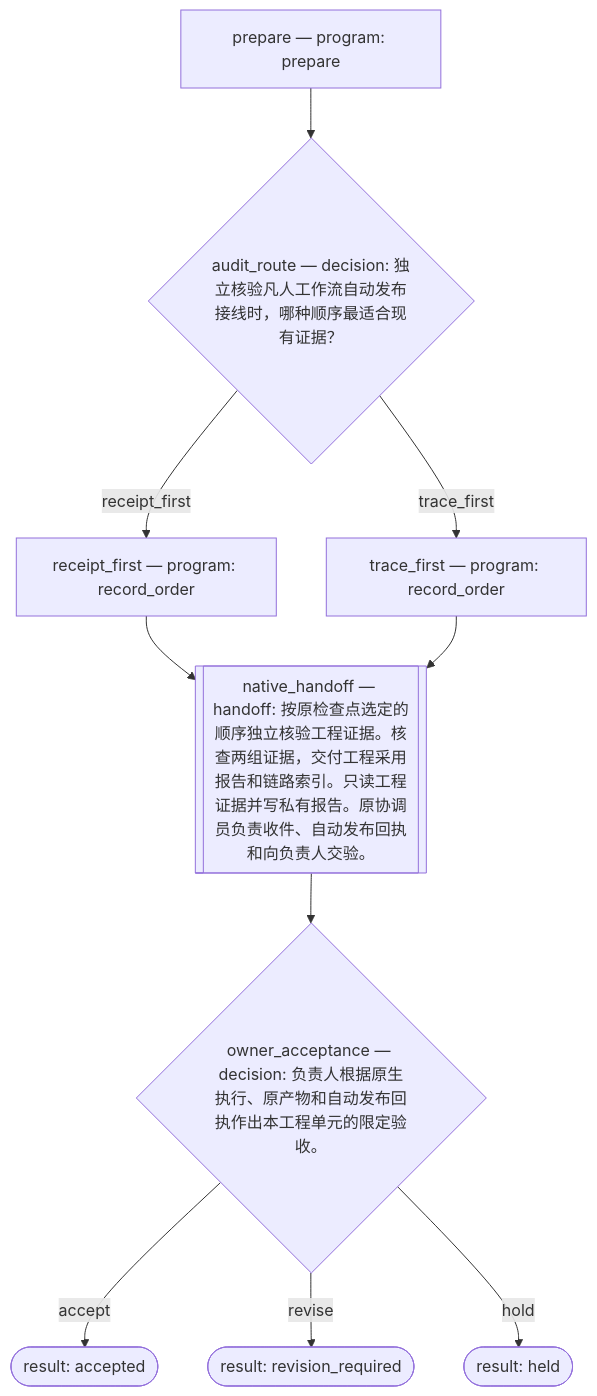
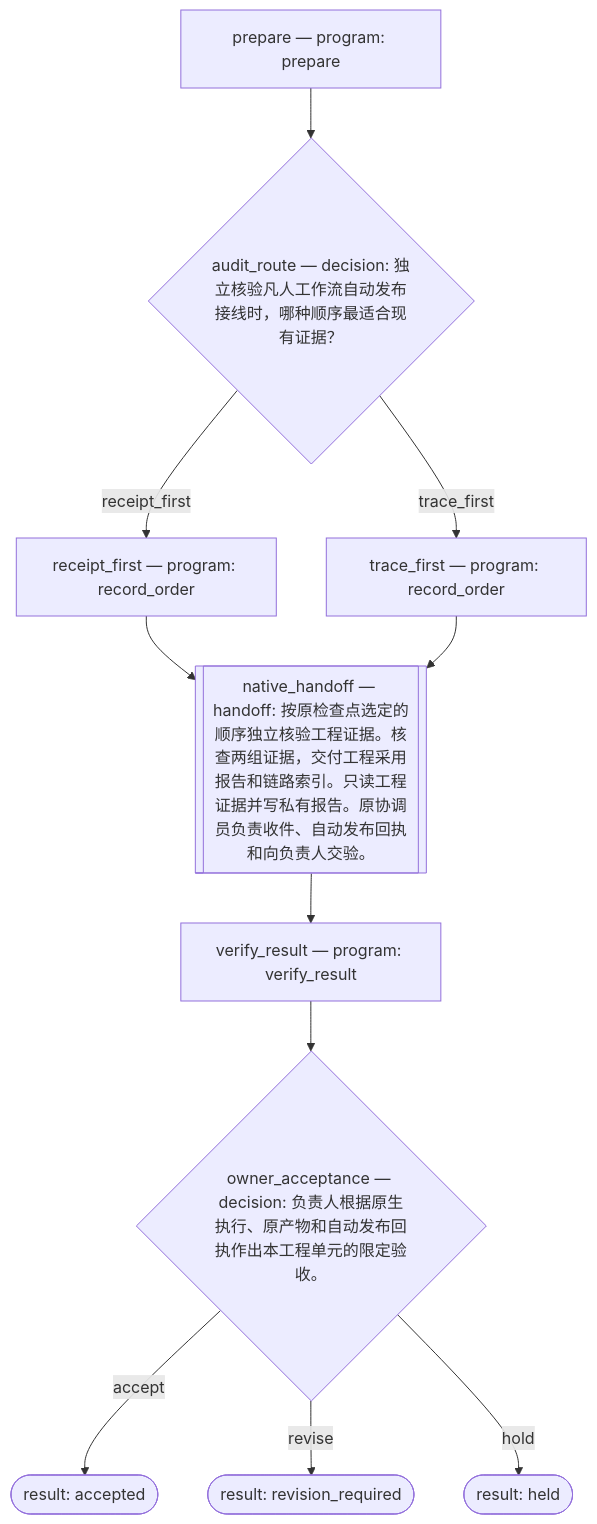
Before and after one commit to CF-FE/fanren-work: the third of 3 diagrams in workflows/README.md, drawn with Mermaid. The commit also changed 4 other files, not shown here.

````diff
--- a/workflows/README.md
+++ b/workflows/README.md
@@ -82,21 +82,23 @@
 ```mermaid
 flowchart TD
     n0["prepare — program: prepare"]
     n1{"audit_route — decision: 独立核验凡人工作流自动发布接线时，哪种顺序最适合现有证据？"}
     n2["receipt_first — program: record_order"]
     n3["trace_first — program: record_order"]
     n4[["native_handoff — handoff: 按原检查点选定的顺序独立核验工程证据。核查两组证据，交付工程采用报告和链路索引。只读工程证据并写私有报告。原协调员负责收件、自动发布回执和向负责人交验。"]]
+    verify["verify_result — program: verify_result"]
     n5{"owner_acceptance — decision: 负责人根据原生执行、原产物和自动发布回执作出本工程单元的限定验收。"}
     n6(["result: accepted"])
     n7(["result: revision_required"])
     n8(["result: held"])
     n0 --> n1
     n1 -->|"receipt_first"| n2
     n1 -->|"trace_first"| n3
     n2 --> n4
     n3 --> n4
-    n4 --> n5
+    n4 --> verify
+    verify --> n5
     n5 -->|"accept"| n6
     n5 -->|"revise"| n7
     n5 -->|"hold"| n8
 ```
````
